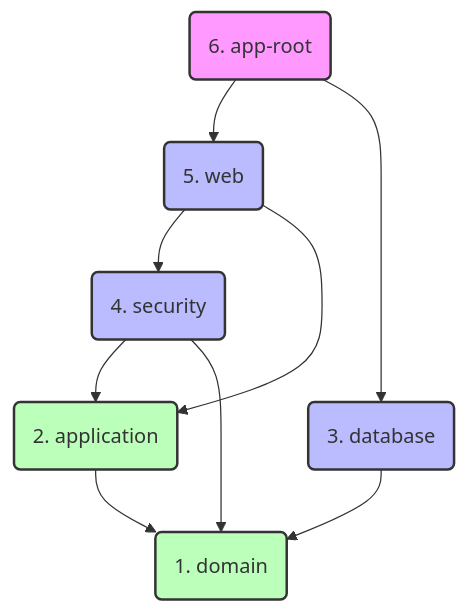
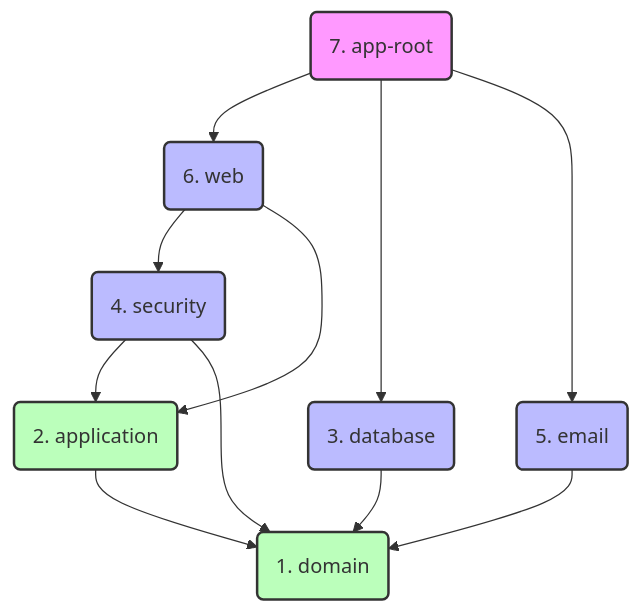
One commit to MatiasEsp404/security-backend changed the diagram in docs/architecture.md. Above: the diagram before and after it, drawn with Mermaid. The commit also changed other lines of this file and 14 other files, not shown here.

````diff
--- a/docs/architecture.md
+++ b/docs/architecture.md
@@ -57,22 +62,24 @@
 ```mermaid
 graph TD;
-    Root(6. app-root) --> Web(5. web)
+    Root(7. app-root) --> Web(6. web)
     Root --> DB(3. database)
+    Root --> Email(5. email)
     
     Web --> Sec(4. security)
     Web --> App(2. application)
     
     Sec --> App
     Sec --> Dom(1. domain)
     
     DB --> Dom
+    Email --> Dom
     
     App --> Dom
     
     classDef External fill:#f9f,stroke:#333,stroke-width:2px;
     classDef Core fill:#bfb,stroke:#333,stroke-width:2px;
     classDef Outer fill:#bbf,stroke:#333,stroke-width:2px;
     class Root External;
     class Dom,App Core;
-    class Web,DB,Sec Outer;
+    class Web,DB,Sec,Email Outer;
 ```
````
